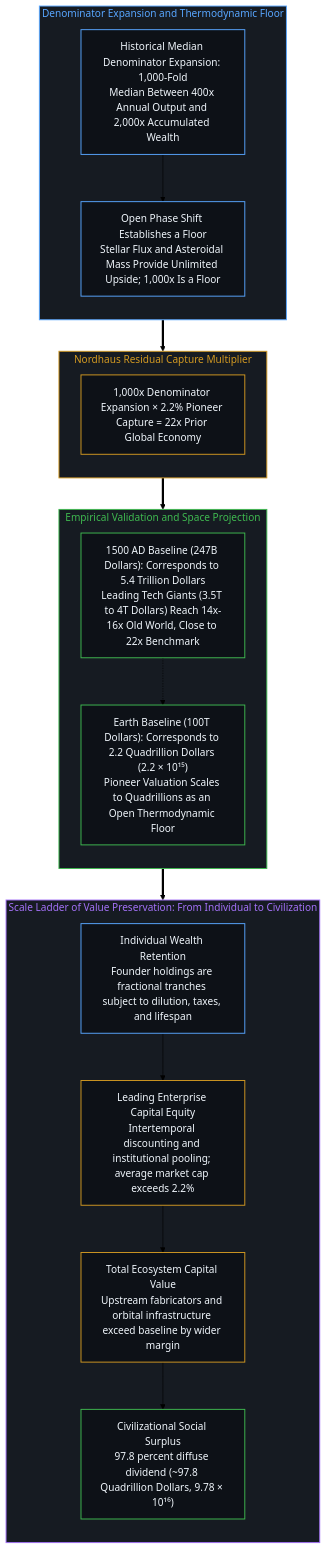
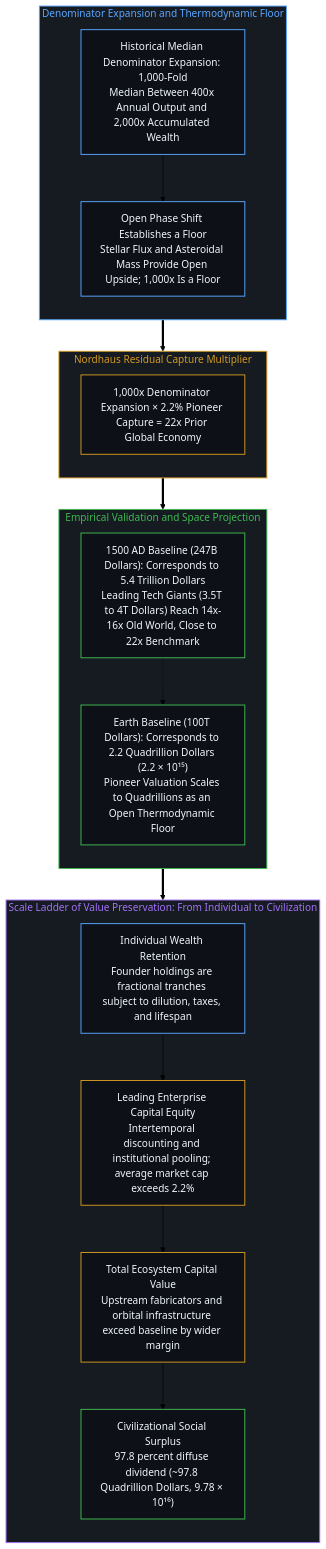
One commit to powerpig99/not-a-toe changed the eighth of 14 diagrams in content/posts/beyond-the-hundred-trillion-horizon.md. Above: the diagram before and after it, drawn with Mermaid (forest theme). The commit also changed other lines of this file and 6 other files, not shown here.

````diff
--- a/content/posts/beyond-the-hundred-trillion-horizon.md
+++ b/content/posts/beyond-the-hundred-trillion-horizon.md
@@ -325,45 +291,39 @@
 ```mermaid
 flowchart TD
     classDef default fill:#0d1117,stroke:#30363d,stroke-width:1px,color:#f0f6fc;
     classDef mind fill:#0d1117,stroke:#3fb950,stroke-width:1.5px,color:#f0f6fc;
     classDef warn fill:#0d1117,stroke:#d29922,stroke-width:1.5px,color:#f0f6fc;
     classDef fail fill:#0d1117,stroke:#f85149,stroke-width:1.5px,color:#f0f6fc;
     classDef model fill:#0d1117,stroke:#58a6ff,stroke-width:1.5px,color:#f0f6fc;
-
     subgraph S_DENOM_EN ["Denominator Expansion and Thermodynamic Floor"]
         direction TB
         MEDIAN["Historical Median Denominator Expansion: 1,000-Fold<br/>Median Between 400x Annual Output and 2,000x Accumulated Wealth"]:::model
-        FLOOR["Open Phase Shift Establishes a Floor<br/>Stellar Flux and Asteroidal Mass Provide Unlimited Upside; 1,000x Is a Floor"]:::model
+        FLOOR["Open Phase Shift Establishes a Floor<br/>Stellar Flux and Asteroidal Mass Provide Open Upside; 1,000x Is a Floor"]:::model
         MEDIAN --> FLOOR
     end
-
     subgraph S_FORMULA_EN ["Nordhaus Residual Capture Multiplier"]
         direction TB
         CALC["1,000x Denominator Expansion × 2.2% Pioneer Capture = 22x Prior Global Economy"]:::warn
     end
-
     subgraph S_MAPPING_EN ["Empirical Validation and Space Projection"]
         direction TB
         HIST_VAL["1500 AD Baseline (247B Dollars): Corresponds to 5.4 Trillion Dollars<br/>Leading Tech Giants (3.5T to 4T Dollars) Reach 14x-16x Old World, Close to 22x Benchmark"]:::mind
         SPACE_VAL["Earth Baseline (100T Dollars): Corresponds to 2.2 Quadrillion Dollars (2.2 × 10¹⁵)<br/>Pioneer Valuation Scales to Quadrillions as an Open Thermodynamic Floor"]:::mind
         HIST_VAL -.-> SPACE_VAL
     end
-
     subgraph S_LADDER_EN ["Scale Ladder of Value Preservation: From Individual to Civilization"]
         direction TB
         INDIV["Individual Wealth Retention<br/>Founder holdings are fractional tranches subject to dilution, taxes, and lifespan"]:::model
         CORP["Leading Enterprise Capital Equity<br/>Intertemporal discounting and institutional pooling; average market cap exceeds 2.2%"]:::warn
         ECOSYS["Total Ecosystem Capital Value<br/>Upstream fabricators and orbital infrastructure exceed baseline by wider margin"]:::warn
         SURPLUS["Civilizational Social Surplus<br/>97.8 percent diffuse dividend (~97.8 Quadrillion Dollars, 9.78 × 10¹⁶)"]:::mind
         INDIV --> CORP --> ECOSYS --> SURPLUS
     end
-
     S_DENOM_EN ==> S_FORMULA_EN
     S_FORMULA_EN ==> S_MAPPING_EN
     S_MAPPING_EN ==> S_LADDER_EN
-
     style S_DENOM_EN fill:#161b22,stroke:#58a6ff,stroke-width:1.5px,color:#58a6ff
     style S_FORMULA_EN fill:#161b22,stroke:#d29922,stroke-width:1.5px,color:#d29922
     style S_MAPPING_EN fill:#161b22,stroke:#3fb950,stroke-width:1.5px,color:#3fb950
     style S_LADDER_EN fill:#161b22,stroke:#a371f7,stroke-width:1.5px,color:#a371f7
 ```
````
